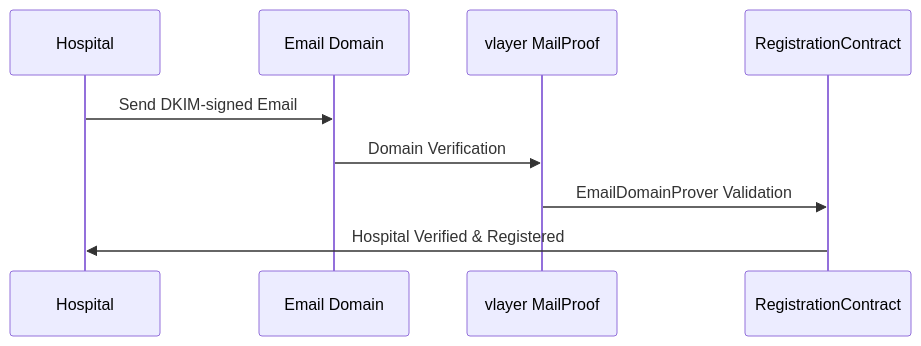
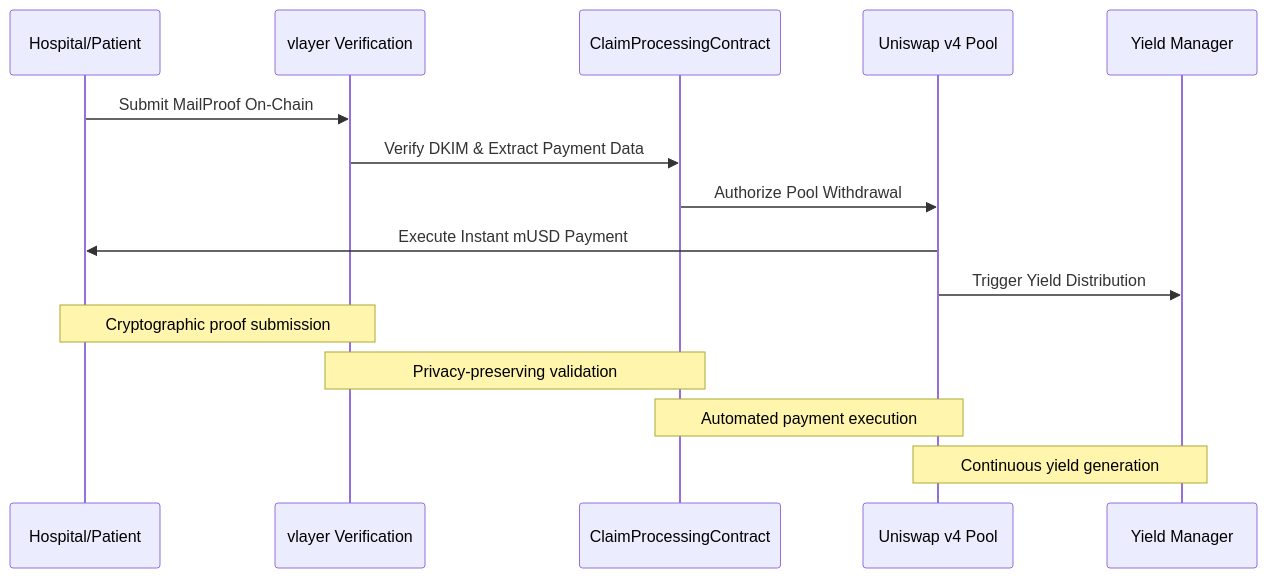
The sixth of 8 diagrams in memory-bank/activeContext.md (ppezzull/zkMed), drawn with Mermaid before and after one commit. The commit also changed other lines of this file and 5 other files, not shown here.

````diff
--- a/memory-bank/activeContext.md
+++ b/memory-bank/activeContext.md
@@ -229,12 +212,19 @@
 ```mermaid
 sequenceDiagram
-    participant H as Hospital
-    participant E as Email Domain
-    participant V as vlayer MailProof
-    participant R as RegistrationContract
+    participant H as Hospital/Patient
+    participant V as vlayer Verification
+    participant C as ClaimProcessingContract
+    participant U as Uniswap v4 Pool
+    participant Y as Yield Manager
 
-    H->>E: Send DKIM-signed Email
-    E->>V: Domain Verification
-    V->>R: EmailDomainProver Validation
-    R->>H: Hospital Verified & Registered
+    H->>V: Submit MailProof On-Chain
+    V->>C: Verify DKIM & Extract Payment Data
+    C->>U: Authorize Pool Withdrawal
+    U->>H: Execute Instant mUSD Payment
+    U->>Y: Trigger Yield Distribution
+    
+    Note over H,V: Cryptographic proof submission
+    Note over V,C: Privacy-preserving validation
+    Note over C,U: Automated payment execution
+    Note over U,Y: Continuous yield generation
 ```
````
